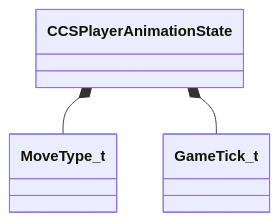
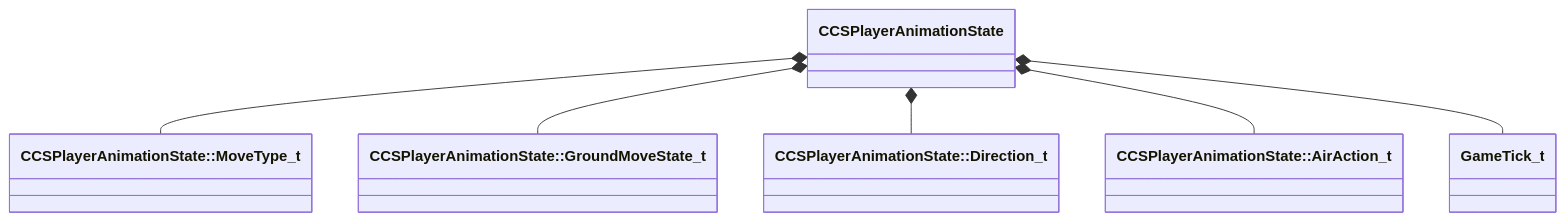
One commit to CS2OpenDev/CS2OpenDev-Docs changed the diagram in docs/generated/schemas/server/CCSPlayerAnimationState.md. Above: the diagram before and after it, drawn with Mermaid. The commit also changed other lines of this file and 4525 other files, not shown here.

````diff
--- a/docs/generated/schemas/server/CCSPlayerAnimationState.md
+++ b/docs/generated/schemas/server/CCSPlayerAnimationState.md
@@ -15,5 +17,8 @@
 ```mermaid
 classDiagram
-    CCSPlayerAnimationState *-- MoveType_t
+    CCSPlayerAnimationState *-- `CCSPlayerAnimationState::MoveType_t`
+    CCSPlayerAnimationState *-- `CCSPlayerAnimationState::GroundMoveState_t`
+    CCSPlayerAnimationState *-- `CCSPlayerAnimationState::Direction_t`
+    CCSPlayerAnimationState *-- `CCSPlayerAnimationState::AirAction_t`
     CCSPlayerAnimationState *-- GameTick_t
 ```
````
